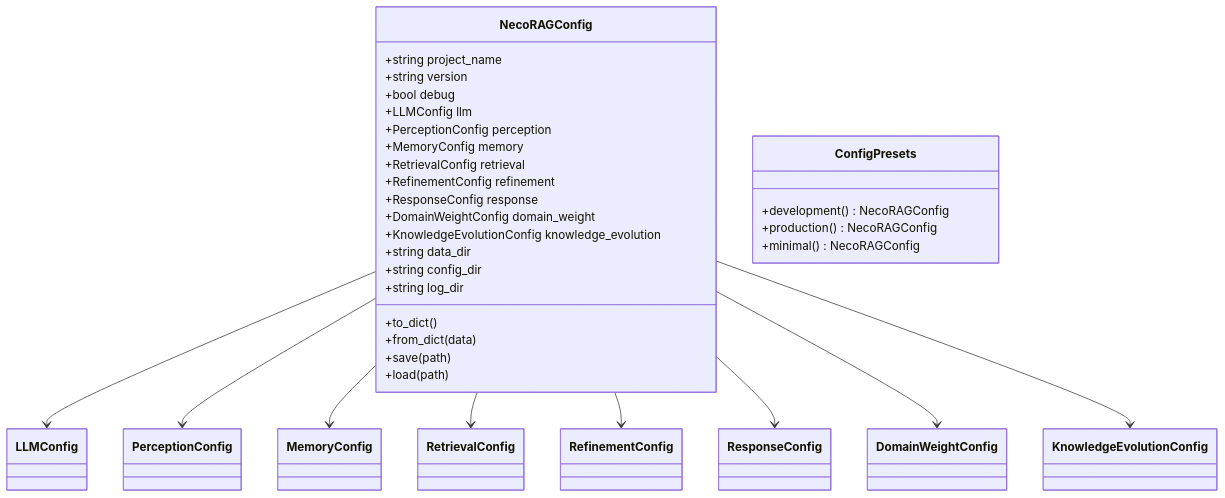
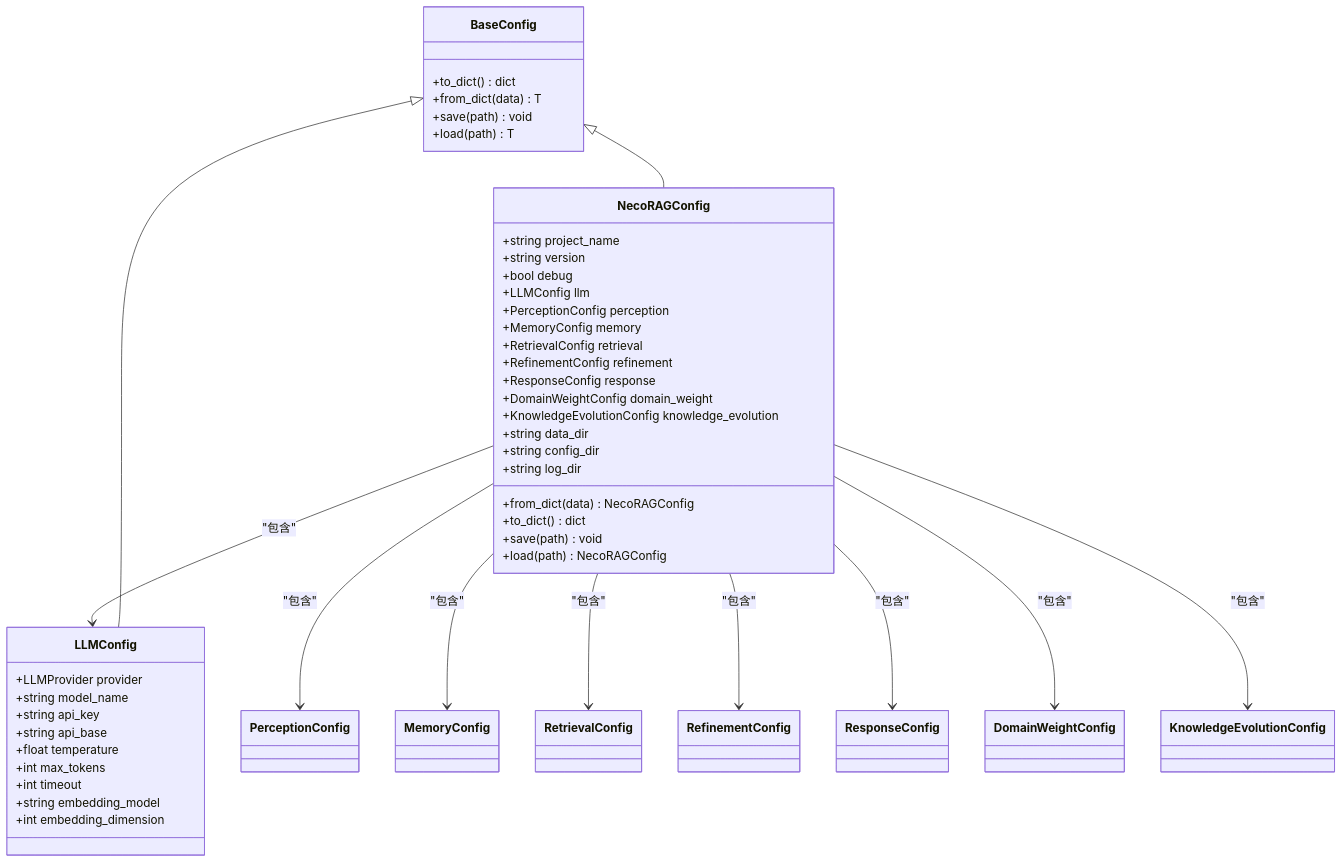
One commit to JieGaoPrinceton/NecoRAG changed the second of 9 diagrams in .qoder/repowiki/zh/content/核心架构设计/配置管理系统.md. Above: the diagram before and after it, drawn with Mermaid. The commit also changed other lines of this file and 181 other files, not shown here.

````diff
--- a/.qoder/repowiki/zh/content/核心架构设计/配置管理系统.md
+++ b/.qoder/repowiki/zh/content/核心架构设计/配置管理系统.md
@@ -136,36 +94,50 @@
 ```mermaid
 classDiagram
 class NecoRAGConfig {
 +string project_name
 +string version
 +bool debug
 +LLMConfig llm
 +PerceptionConfig perception
 +MemoryConfig memory
 +RetrievalConfig retrieval
 +RefinementConfig refinement
 +ResponseConfig response
 +DomainWeightConfig domain_weight
 +KnowledgeEvolutionConfig knowledge_evolution
 +string data_dir
 +string config_dir
 +string log_dir
-+to_dict()
-+from_dict(data)
-+save(path)
-+load(path)
++from_dict(data) NecoRAGConfig
++to_dict() dict
++save(path) void
++load(path) NecoRAGConfig
 }
-class ConfigPresets {
-+development() NecoRAGConfig
-+production() NecoRAGConfig
-+minimal() NecoRAGConfig
+class LLMConfig {
++LLMProvider provider
++string model_name
++string api_key
++string api_base
++float temperature
++int max_tokens
++int timeout
++string embedding_model
++int embedding_dimension
 }
-NecoRAGConfig --> LLMConfig
-NecoRAGConfig --> PerceptionConfig
-NecoRAGConfig --> MemoryConfig
-NecoRAGConfig --> RetrievalConfig
-NecoRAGConfig --> RefinementConfig
-NecoRAGConfig --> ResponseConfig
-NecoRAGConfig --> DomainWeightConfig
-NecoRAGConfig --> KnowledgeEvolutionConfig
+class BaseConfig {
++to_dict() dict
++from_dict(data) T
++save(path) void
++load(path) T
+}
+NecoRAGConfig --> LLMConfig : "包含"
+NecoRAGConfig --> PerceptionConfig : "包含"
+NecoRAGConfig --> MemoryConfig : "包含"
+NecoRAGConfig --> RetrievalConfig : "包含"
+NecoRAGConfig --> RefinementConfig : "包含"
+NecoRAGConfig --> ResponseConfig : "包含"
+NecoRAGConfig --> DomainWeightConfig : "包含"
+NecoRAGConfig --> KnowledgeEvolutionConfig : "包含"
+BaseConfig <|-- NecoRAGConfig
+BaseConfig <|-- LLMConfig
 ```
````
